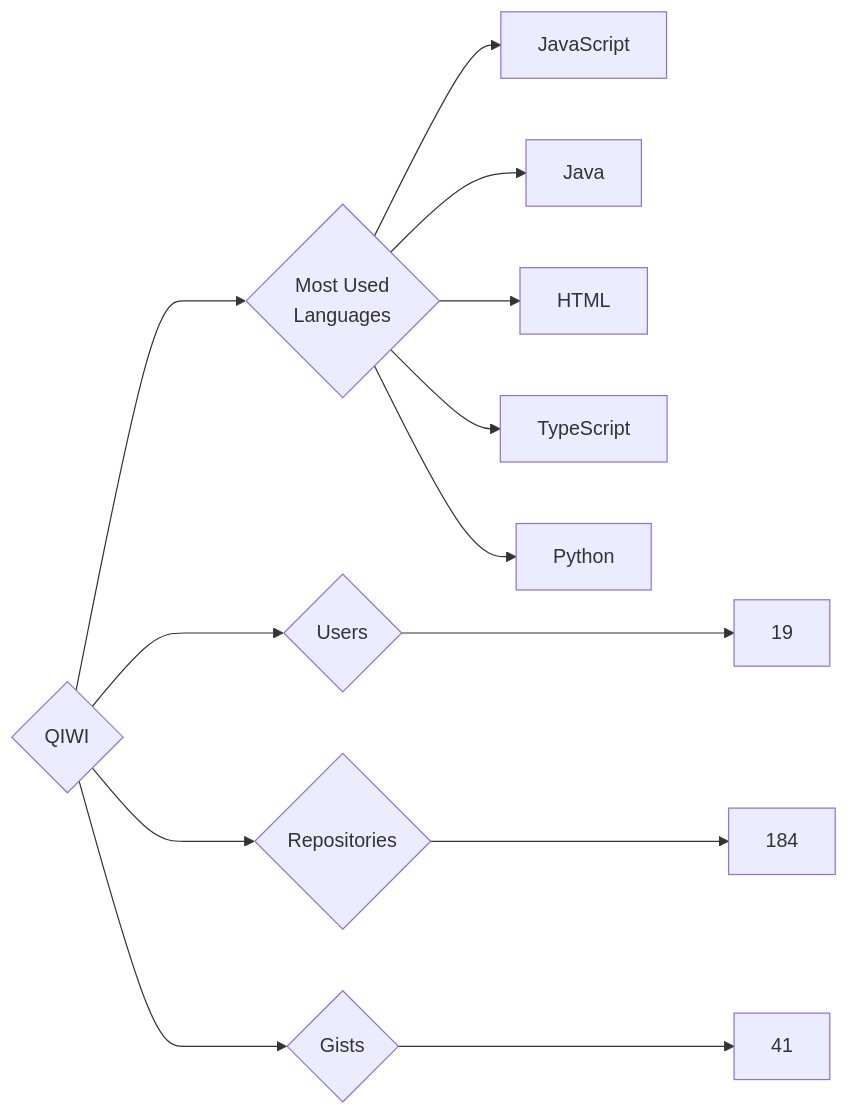
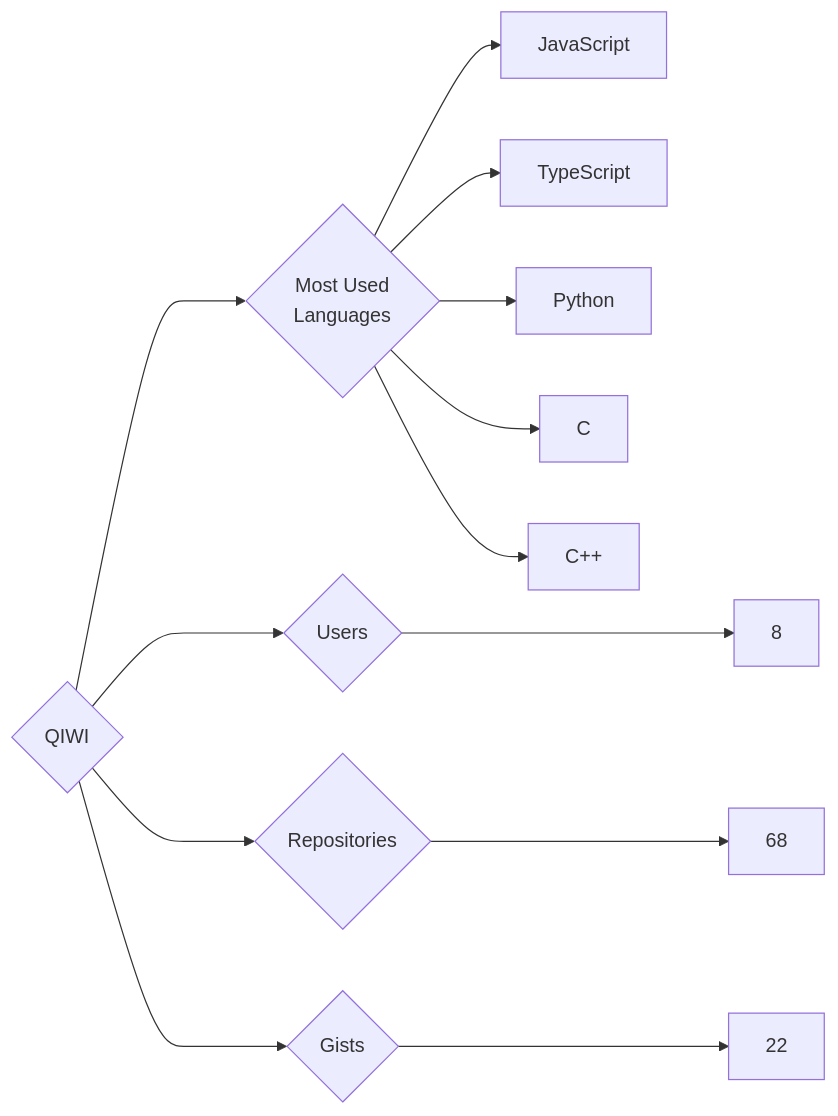
One commit to trickest/insiders changed the diagram in targets/QIWI/README.md. Above: the diagram before and after it, drawn with Mermaid. The commit also changed 964 other files, not shown here.

````diff
--- a/targets/QIWI/README.md
+++ b/targets/QIWI/README.md
@@ -3,13 +3,13 @@
 ```mermaid
 graph LR
 COMPANY_NAME{QIWI}
-COMPANY_NAME ---> U{Users} ---> UN[19]
-COMPANY_NAME ---> R{Repositories} ---> RN[184]
-COMPANY_NAME ---> G{Gists} ---> GN[41]
+COMPANY_NAME ---> U{Users} ---> UN[8]
+COMPANY_NAME ---> R{Repositories} ---> RN[68]
+COMPANY_NAME ---> G{Gists} ---> GN[22]
 COMPANY_NAME ---> ML{Most Used<br>Languages}
 ML --> JavaScript[JavaScript]
-ML --> Java[Java]
-ML --> HTML[HTML]
 ML --> TypeScript[TypeScript]
 ML --> Python[Python]
+ML --> C[C]
+ML --> C++[C++]
 ```
````
